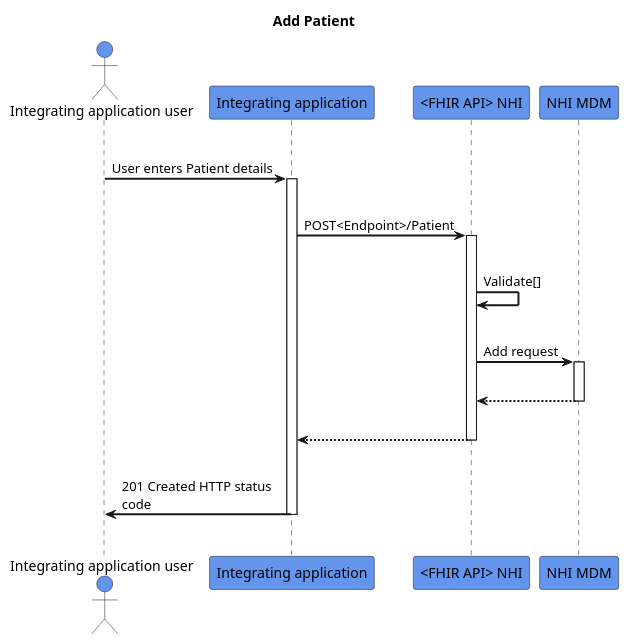
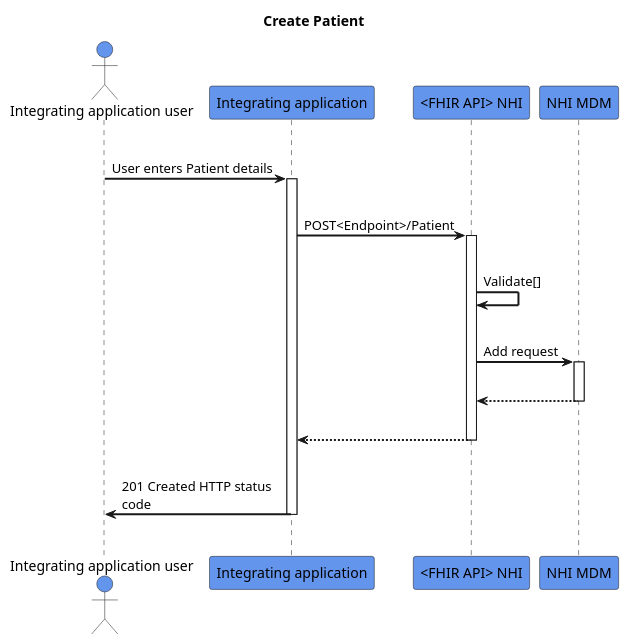
The diagram in input/images-source/create-patient.plantuml (HL7NZ/nhi), drawn with PlantUML before and after one commit.

Commit message:
Update and rename add-patient.plantuml to create-patient.plantuml

```diff
--- a/input/images-source/create-patient.plantuml
+++ b/input/images-source/create-patient.plantuml
@@ -2,32 +2,32 @@
 @startuml
 skinparam sequenceArrowThickness 2
 skinparam roundcorner 5
 skinparam maxmessagesize 180
 skinparam sequenceParticipant bold
-title Add Patient
+title Create Patient
 actor "Integrating application user" as User #CornflowerBlue
 participant "Integrating application" as A #CornflowerBlue
 participant "<FHIR API> NHI" as B #CornflowerBlue
 participant "NHI MDM" as C #CornflowerBlue
 |||
 User -> A: User enters Patient details
 activate A
 |||
 A -> B: POST<Endpoint>/Patient
 activate B
 |||
 B -> B: Validate[]
 |||
 B -> C: Add request
 activate C
 |||
 C -[dashed]-> B:  
 deactivate C
 |||
 B -[dashed]-> A:
 deactivate B
 |||
 A -> User: 201 Created HTTP status code
 deactivate A
 |||
 @enduml
```
